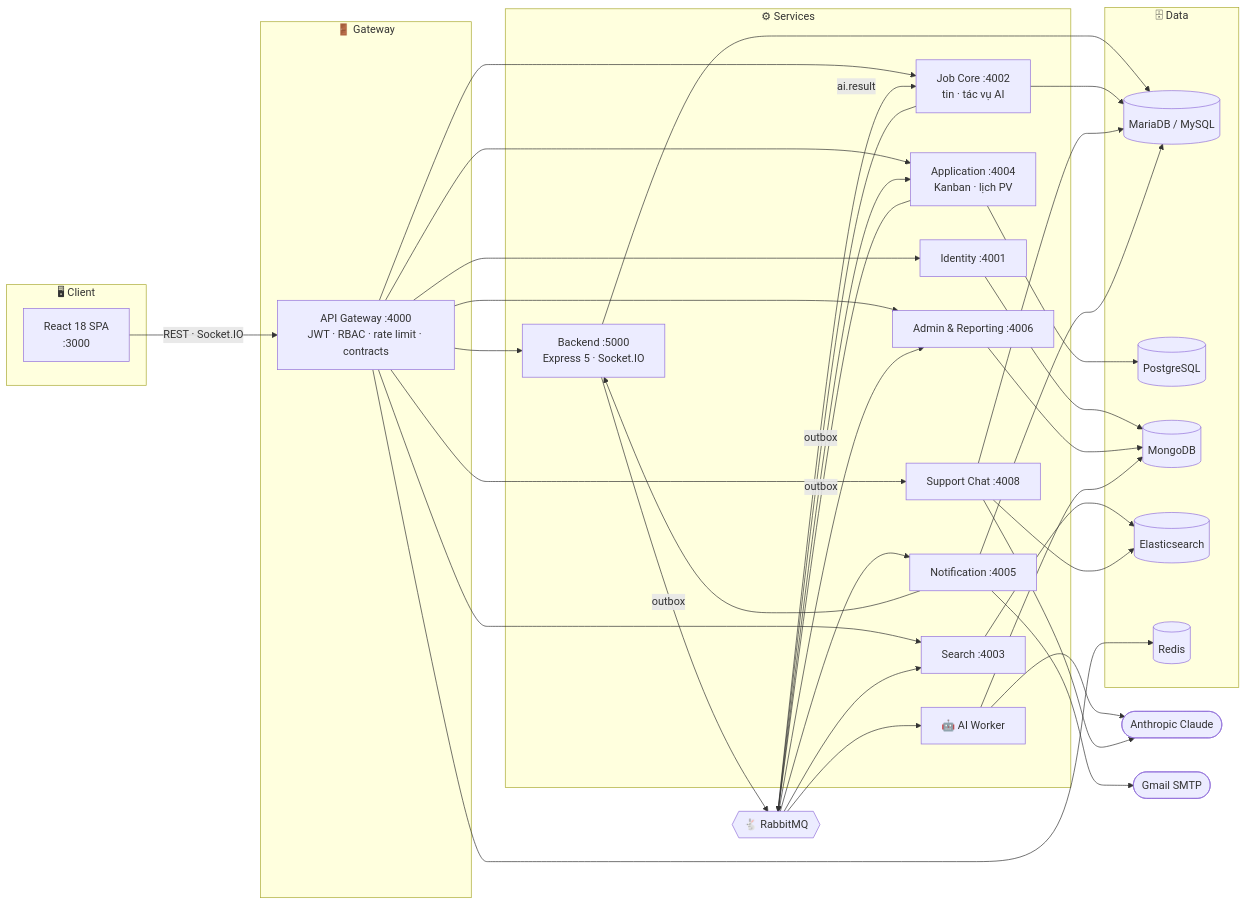
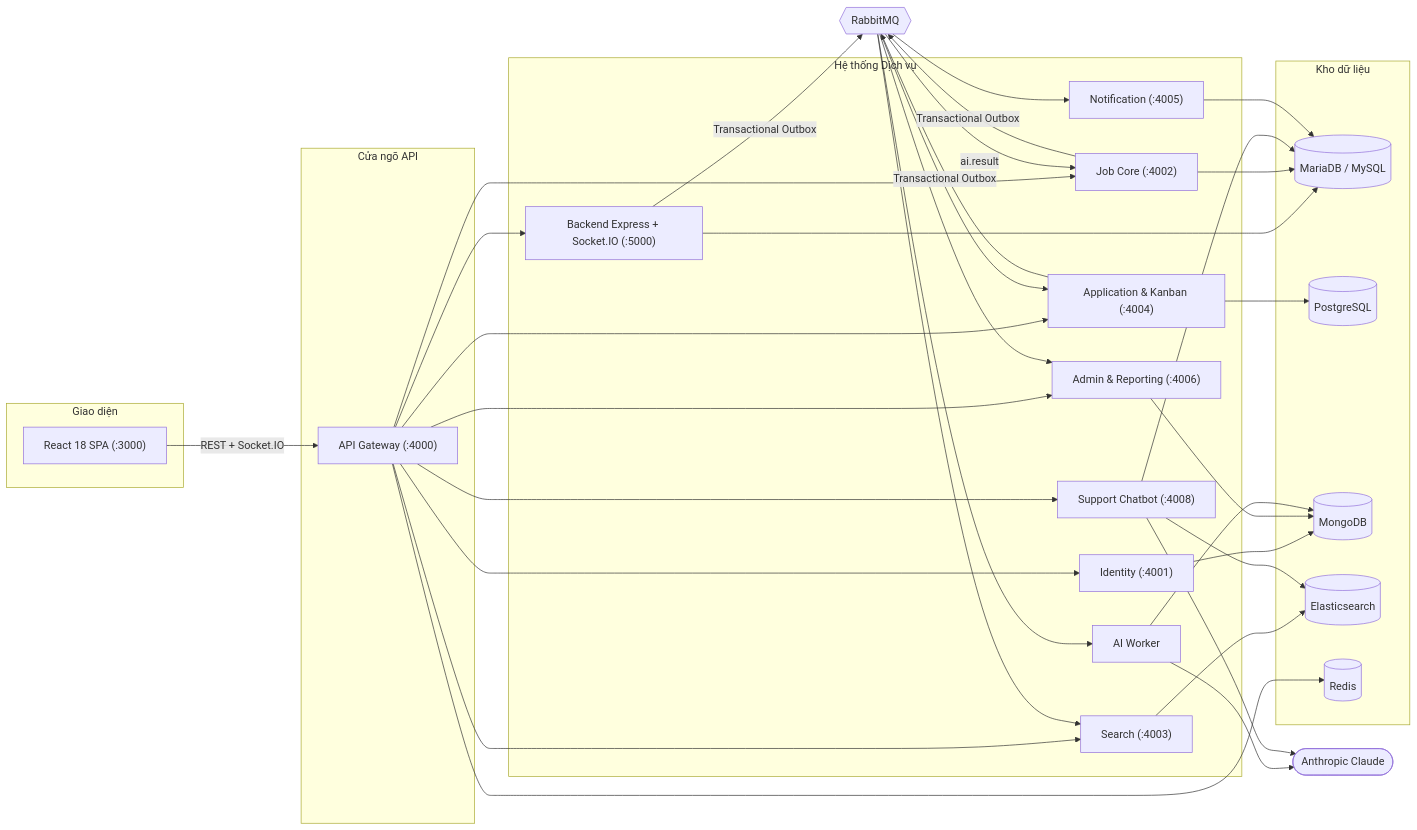
The second of 2 diagrams in README.md (nguyentuanthien2384/DALN_JobFind), drawn with Mermaid before and after one commit. The commit also changed other lines of this file and 20 other files, not shown here.

````diff
--- a/README.md
+++ b/README.md
@@ -222,54 +270,47 @@
 ```mermaid
 flowchart LR
-    subgraph Client["🖥 Client"]
-        UI["React 18 SPA<br/>:3000"]
+    subgraph Client["Giao diện"]
+        UI["React 18 SPA (:3000)"]
     end
 
-    subgraph Edge["🚪 Gateway"]
-        GW["API Gateway :4000<br/>JWT · RBAC · rate limit · contracts"]
+    subgraph Edge["Cửa ngõ API"]
+        GW["API Gateway (:4000)"]
     end
 
-    subgraph Services["⚙ Services"]
-        Legacy["Backend :5000<br/>Express 5 · Socket.IO"]
-        Identity["Identity :4001"]
-        Job["Job Core :4002<br/>tin · tác vụ AI"]
-        Search["Search :4003"]
-        Apps["Application :4004<br/>Kanban · lịch PV"]
-        Notify["Notification :4005"]
-        Admin["Admin & Reporting :4006"]
-        Support["Support Chat :4008"]
-        AI["🤖 AI Worker"]
+    subgraph Services["Hệ thống Dịch vụ"]
+        Legacy["Backend Express + Socket.IO (:5000)"]
+        Identity["Identity (:4001)"]
+        Job["Job Core (:4002)"]
+        Search["Search (:4003)"]
+        Apps["Application & Kanban (:4004)"]
+        Notify["Notification (:4005)"]
+        Admin["Admin & Reporting (:4006)"]
+        Support["Support Chatbot (:4008)"]
+        AI["AI Worker"]
     end
 
-    subgraph Data["🗄 Data"]
+    subgraph Data["Kho dữ liệu"]
         MySQL[("MariaDB / MySQL")]
         Postgres[("PostgreSQL")]
         Mongo[("MongoDB")]
         ES[("Elasticsearch")]
         Redis[("Redis")]
     end
 
-    MQ{{"🐇 RabbitMQ"}}
+    MQ{{"RabbitMQ"}}
     Claude(["Anthropic Claude"])
-    Mail(["Gmail SMTP"])
 
-    UI -->|"REST · Socket.IO"| GW
+    UI -->|"REST + Socket.IO"| GW
     GW --> Legacy & Identity & Job & Search & Apps & Admin & Support
-    Legacy --> MySQL
-    Job --> MySQL
+    GW --> Redis
+    Legacy & Job --> MySQL
     Apps --> Postgres
-    Identity --> Mongo
-    Admin --> Mongo
+    Identity & Admin & AI --> Mongo
     Search --> ES
     Support --> MySQL & ES
     Notify --> MySQL
-    GW --> Redis
-    Legacy & Job & Apps -->|outbox| MQ
+    Legacy & Job & Apps -->|Transactional Outbox| MQ
     MQ --> Search & AI & Notify & Admin & Apps
     MQ -->|ai.result| Job
-    AI --> Mongo
-    AI --> Claude
-    Support --> Claude
-    Notify --> Mail
-    Notify --> Legacy
+    AI & Support --> Claude
 ```
````
